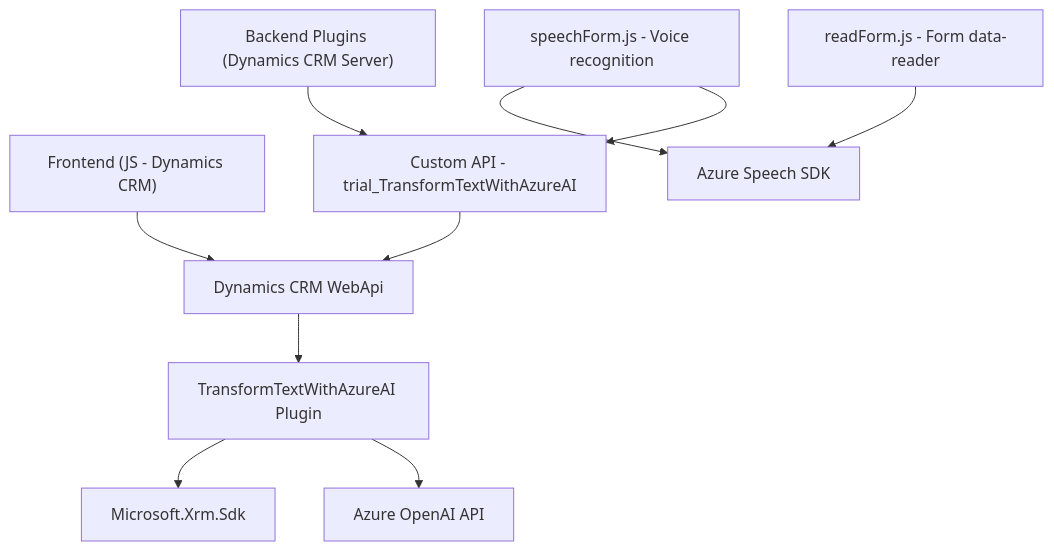
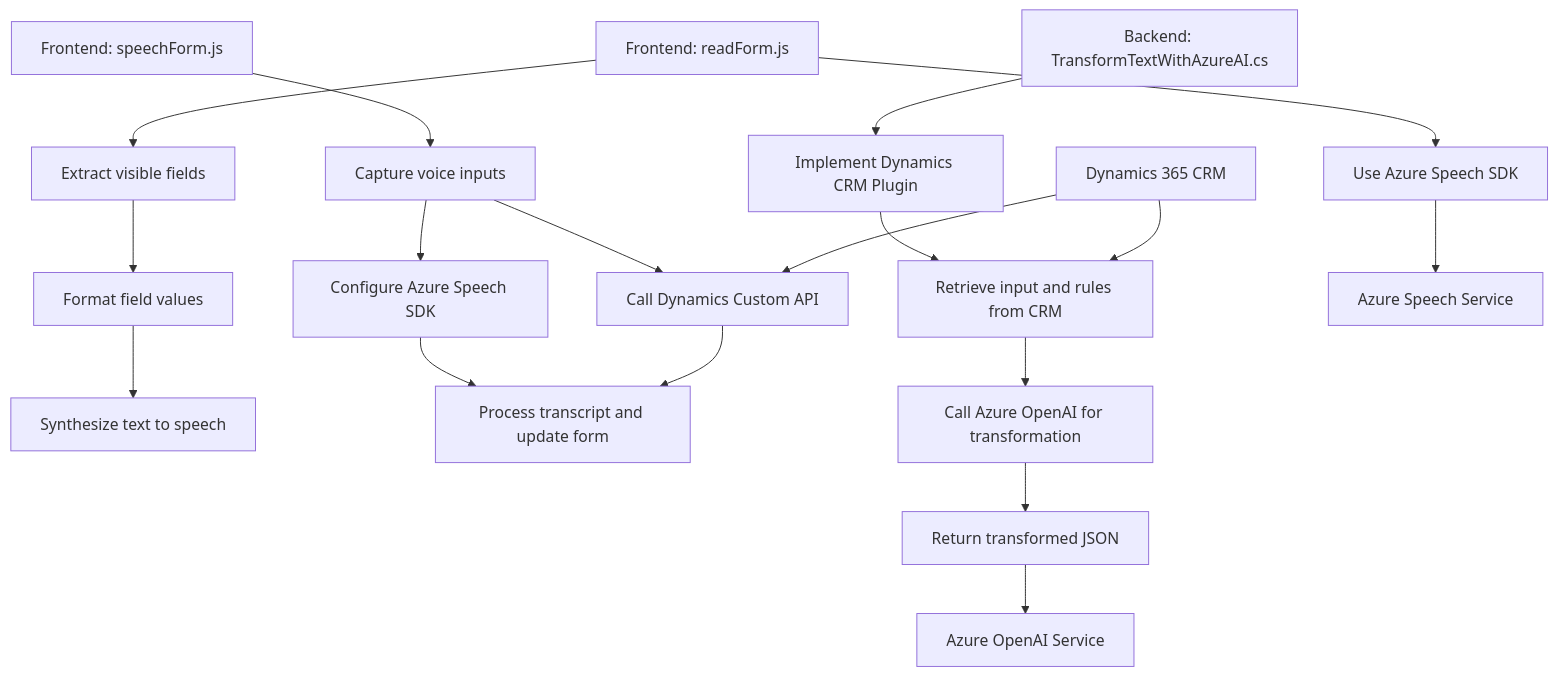
One commit to blopezdm/NETCORE_BILBAO2025 changed the diagram in README.md. Above: the diagram before and after it, drawn with Mermaid. The commit also changed other lines of this file, not shown here.

````diff
--- a/README.md
+++ b/README.md
@@ -25,14 +53,23 @@
 ```mermaid
 graph TD
-  subA["Frontend (JS - Dynamics CRM)"]
-  subB["Backend Plugins (Dynamics CRM Server)"]
-  A["readForm.js - Form data-reader"] --> C["Azure Speech SDK"]
-  B["speechForm.js - Voice recognition"] --> C
-  B --> D["Custom API - trial_TransformTextWithAzureAI"]
-  D --> E["Dynamics CRM WebApi"]
-  subA --> E
-  subB --> D
-  E --> subPlugin["TransformTextWithAzureAI Plugin"]
-  subPlugin --> F["Microsoft.Xrm.Sdk"]
-  subPlugin --> G["Azure OpenAI API"]
+    A["Frontend: readForm.js"] --> B["Extract visible fields"]
+    B --> C["Format field values"]
+    C --> D["Synthesize text to speech"]
+    A --> E["Use Azure Speech SDK"]
+    
+    F["Frontend: speechForm.js"] --> G["Capture voice inputs"]
+    G --> H["Configure Azure Speech SDK"]
+    G --> I["Call Dynamics Custom API"]
+    H --> J["Process transcript and update form"]
+    I --> J
+    
+    K["Backend: TransformTextWithAzureAI.cs"] --> L["Implement Dynamics CRM Plugin"]
+    L --> M["Retrieve input and rules from CRM"]
+    M --> N["Call Azure OpenAI for transformation"]
+    N --> O["Return transformed JSON"]
+    
+    E --> P["Azure Speech Service"]
+    O --> Q["Azure OpenAI Service"]
+    R["Dynamics 365 CRM"] --> M
+    R --> I
 ```
````
